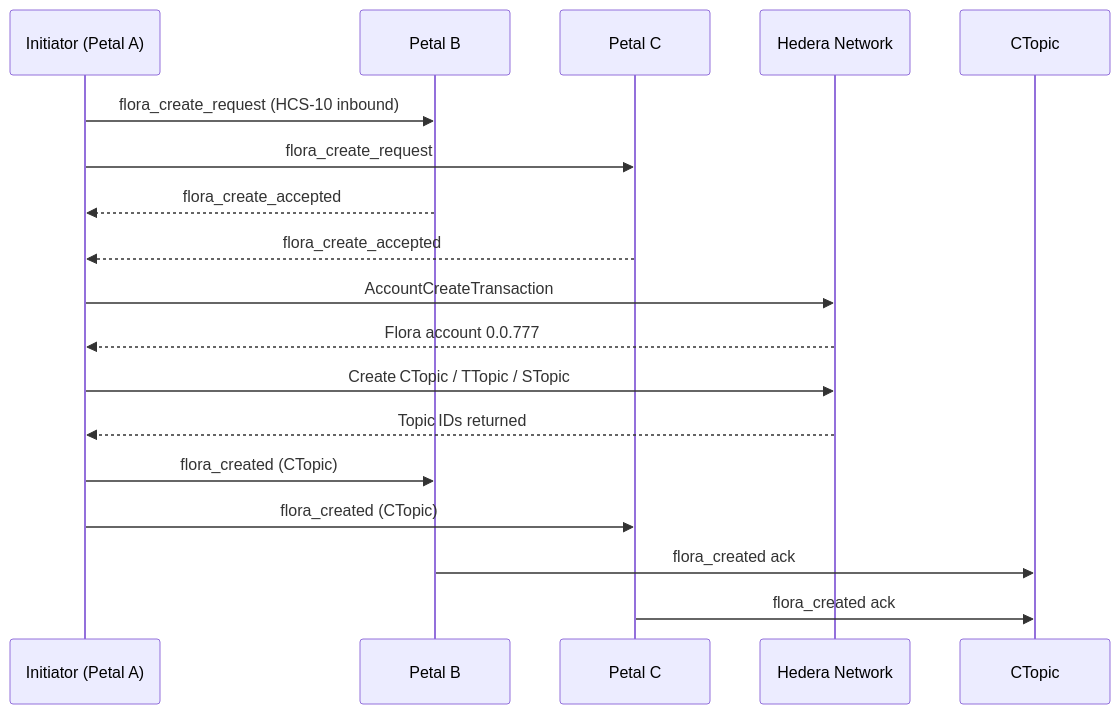
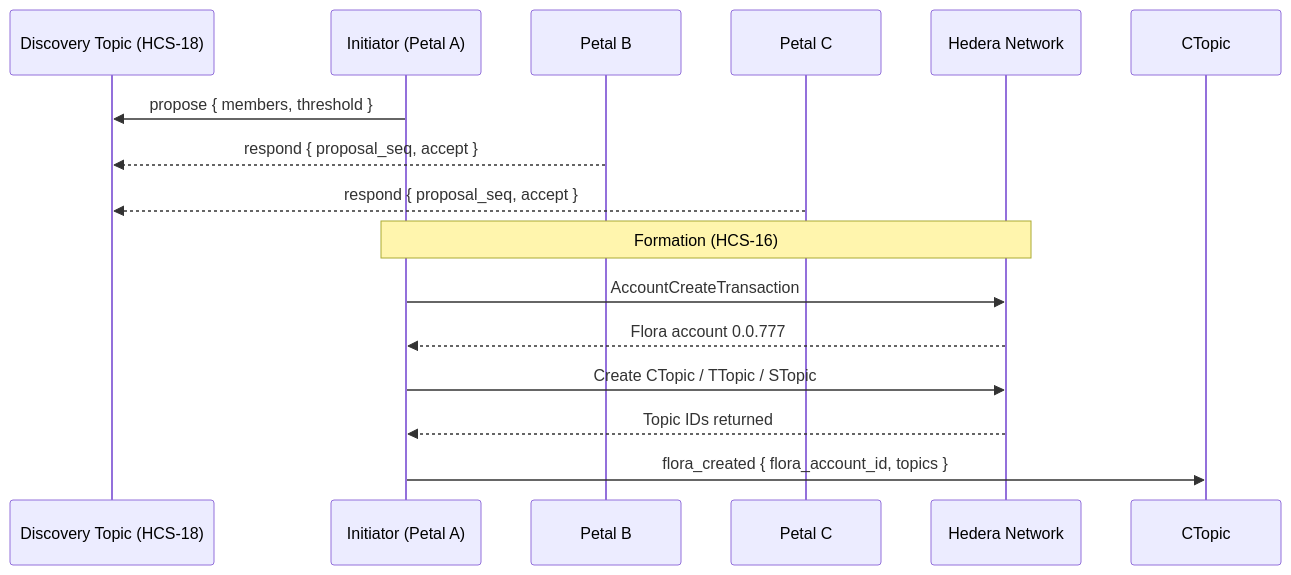
One commit to hashgraph-online/hcs-improvement-proposals changed the first of 2 diagrams in docs/standards/hcs-16.md. Above: the diagram before and after it, drawn with Mermaid. The commit also changed other lines of this file and 5 other files, not shown here.

````diff
--- a/docs/standards/hcs-16.md
+++ b/docs/standards/hcs-16.md
@@ -274,24 +493,20 @@
 ```mermaid
 sequenceDiagram
+    participant DT as Discovery Topic (HCS‑18)
     participant I as Initiator (Petal A)
     participant B as Petal B
     participant C as Petal C
     participant Net as Hedera Network
 
-    I->>B: flora_create_request (HCS‑10 inbound)
-    I->>C: flora_create_request
-    B-->>I: flora_create_accepted
-    C-->>I: flora_create_accepted
+    I->>DT: propose { members, threshold }
+    B-->>DT: respond { proposal_seq, accept }
+    C-->>DT: respond { proposal_seq, accept }
 
+    Note over I,Net: Formation (HCS‑16)
     I->>Net: AccountCreateTransaction
     Net-->>I: Flora account 0.0.777
+    I->>Net: Create CTopic / TTopic / STopic
+    Net-->>I: Topic IDs returned
 
-    I->>Net: Create CTopic / TTopic / STopic
-    Net-->>I: Topic IDs returned
-
-    I->>B: flora_created (CTopic)
-    I->>C: flora_created (CTopic)
-
-    B->>CTopic: flora_created ack
-    C->>CTopic: flora_created ack
+    I->>CTopic: flora_created { flora_account_id, topics }
 ```
````
